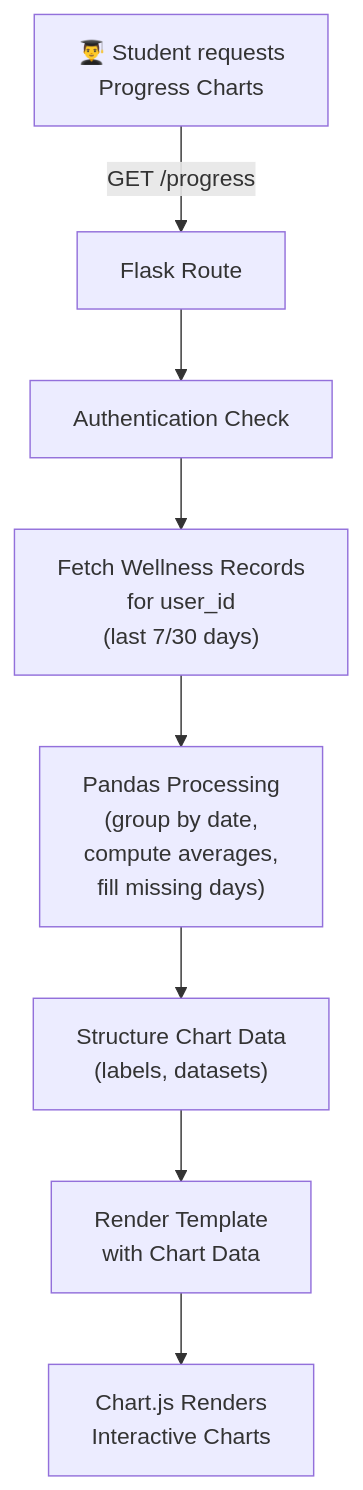
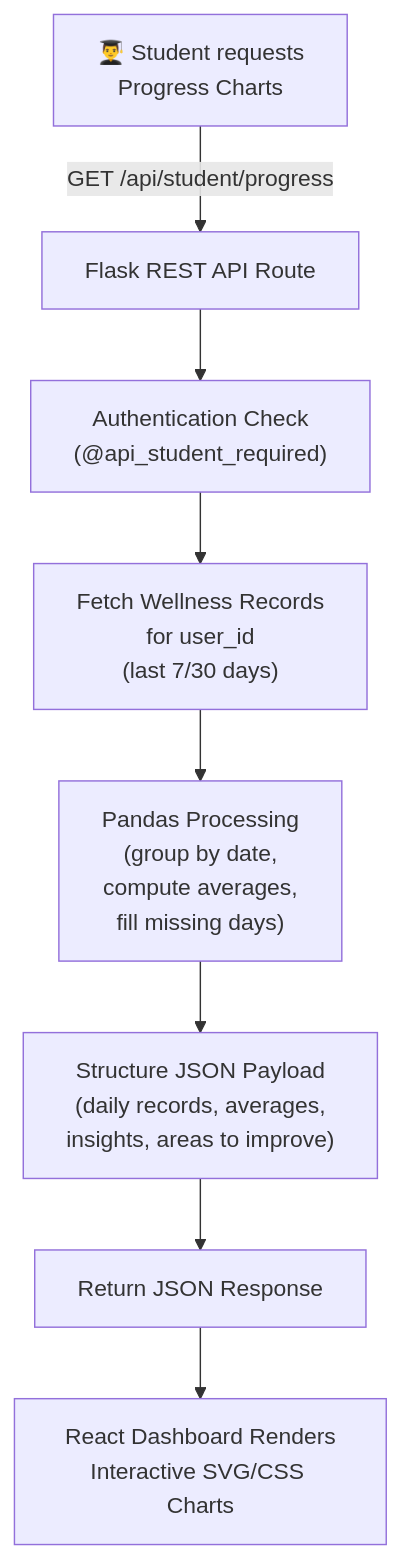
Before and after one commit to goxxie08/Wellvia: the ninth of 21 diagrams in ARCHITECTURE.md, drawn with Mermaid. The commit also changed other lines of this file and 2 other files, not shown here.

````diff
--- a/ARCHITECTURE.md
+++ b/ARCHITECTURE.md
@@ -678,10 +696,10 @@
 ```mermaid
 flowchart TD
-    A["👨‍🎓 Student requests<br/>Progress Charts"] -->|"GET /progress"| B["Flask Route"]
-    B --> C["Authentication Check"]
+    A["👨‍🎓 Student requests<br/>Progress Charts"] -->|"GET /api/student/progress"| B["Flask REST API Route"]
+    B --> C["Authentication Check<br/>(@api_student_required)"]
     C --> D["Fetch Wellness Records<br/>for user_id<br/>(last 7/30 days)"]
     D --> E["Pandas Processing<br/>(group by date,<br/>compute averages,<br/>fill missing days)"]
-    E --> F["Structure Chart Data<br/>(labels, datasets)"]
-    F --> G["Render Template<br/>with Chart Data"]
-    G --> H["Chart.js Renders<br/>Interactive Charts"]
+    E --> F["Structure JSON Payload<br/>(daily records, averages,<br/>insights, areas to improve)"]
+    F --> G["Return JSON Response"]
+    G --> H["React Dashboard Renders<br/>Interactive SVG/CSS Charts"]
 ```
````
